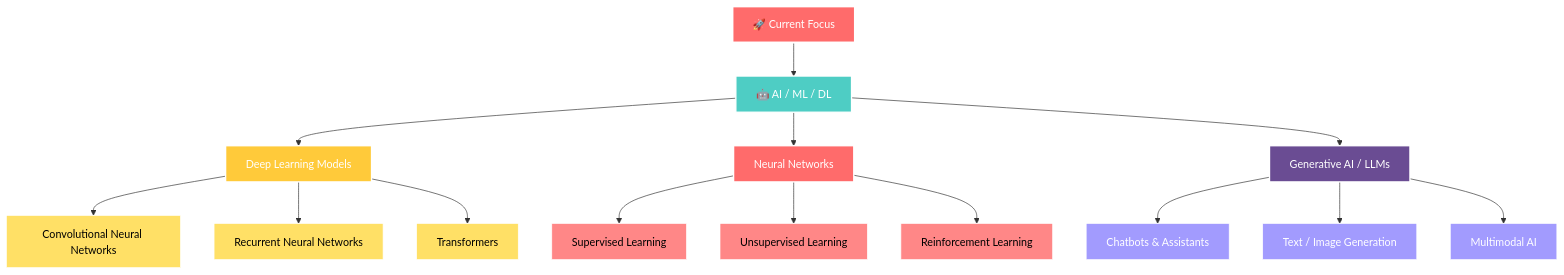
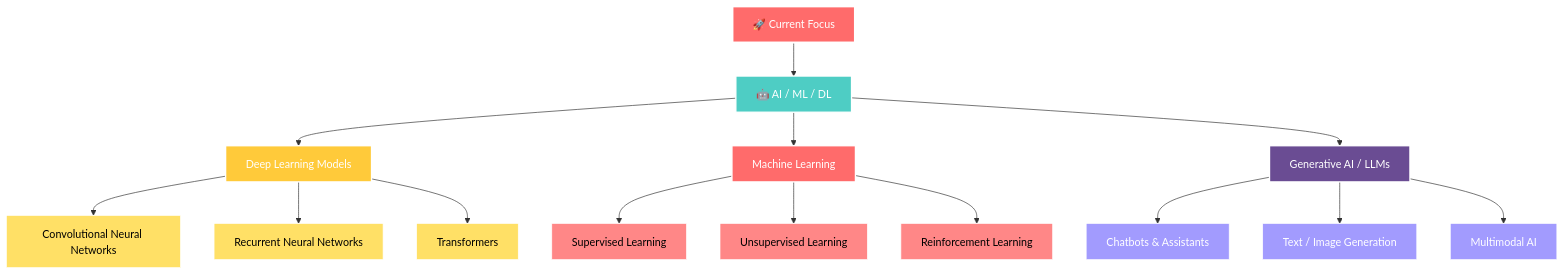
Before and after one commit to vinayakjoshi04/vinayakjoshi04: the diagram in README.md, drawn with Mermaid.

````diff
--- a/README.md
+++ b/README.md
@@ -196,36 +196,36 @@
 ```mermaid
 graph TD
     A[🚀 Current Focus] --> B[🤖 AI / ML / DL]
     
     B --> F[Deep Learning Models]
-    B --> G[Neural Networks]
+    B --> G[Machine Learning]
     B --> N[Generative AI / LLMs]
     
     F --> F1[Convolutional Neural Networks]
     F --> F2[Recurrent Neural Networks]
     F --> F3[Transformers]
     
     G --> G1[Supervised Learning]
     G --> G2[Unsupervised Learning]
     G --> G3[Reinforcement Learning]
     
     N --> N1[Chatbots & Assistants]
     N --> N2[Text / Image Generation]
     N --> N3[Multimodal AI]
 
     style A fill:#ff6b6b,stroke:#fff,stroke-width:3px,color:#fff
     style B fill:#4ecdc4,stroke:#fff,stroke-width:2px,color:#fff
     style F fill:#ffca3a,stroke:#fff,stroke-width:2px,color:#fff
     style G fill:#ff6b6b,stroke:#fff,stroke-width:2px,color:#fff
     style N fill:#6a4c93,stroke:#fff,stroke-width:2px,color:#fff
     style F1 fill:#ffe066,stroke:#fff,stroke-width:1px,color:#000
     style F2 fill:#ffe066,stroke:#fff,stroke-width:1px,color:#000
     style F3 fill:#ffe066,stroke:#fff,stroke-width:1px,color:#000
     style G1 fill:#ff8787,stroke:#fff,stroke-width:1px,color:#000
     style G2 fill:#ff8787,stroke:#fff,stroke-width:1px,color:#000
     style G3 fill:#ff8787,stroke:#fff,stroke-width:1px,color:#000
     style N1 fill:#a29bfe,stroke:#fff,stroke-width:1px,color:#fff
     style N2 fill:#a29bfe,stroke:#fff,stroke-width:1px,color:#fff
     style N3 fill:#a29bfe,stroke:#fff,stroke-width:1px,color:#fff
 
 ```
````
